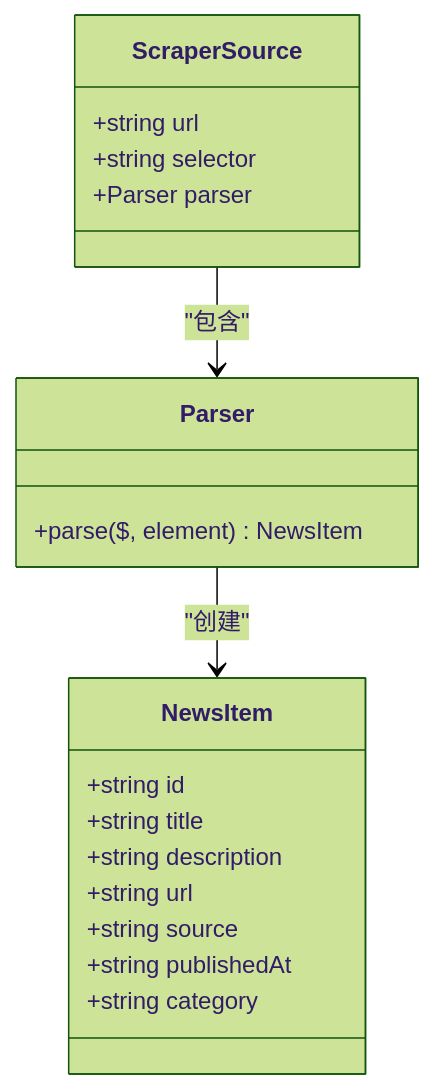
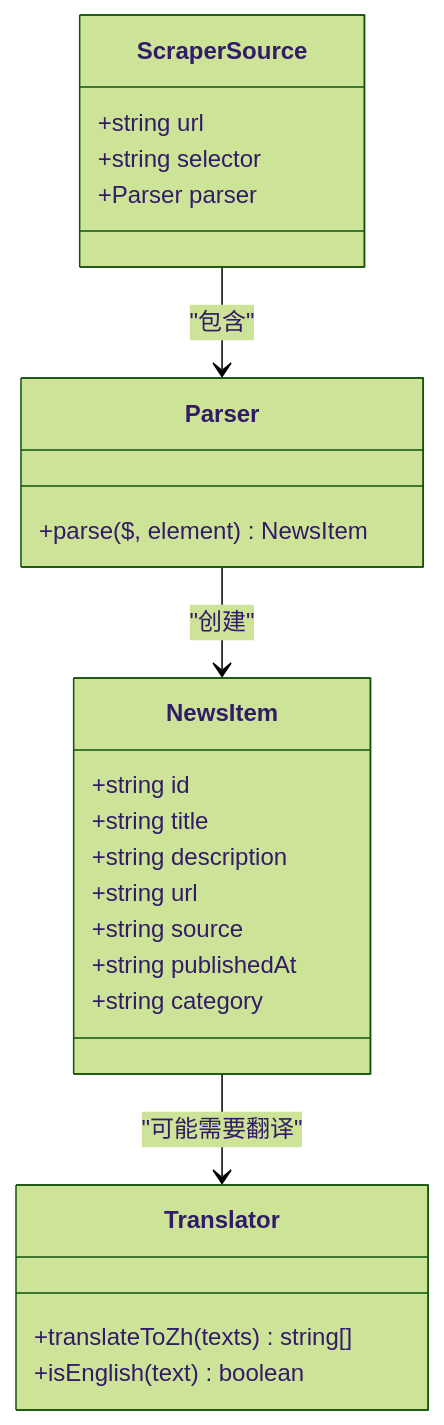
Diagram 11 of 14 in .qoder/repowiki/zh/content/核心功能模块/新闻数据获取系统.md (zuozuoliu740-cmd/xianxiong-news), drawn with Mermaid (forest theme) before and after one commit. The commit also changed other lines of this file and 11 other files, not shown here.

````diff
--- a/.qoder/repowiki/zh/content/核心功能模块/新闻数据获取系统.md
+++ b/.qoder/repowiki/zh/content/核心功能模块/新闻数据获取系统.md
@@ -290,22 +556,27 @@
 ```mermaid
 classDiagram
 class ScraperSource {
 +string url
 +string selector
 +Parser parser
 }
 class Parser {
 +parse($, element) NewsItem
 }
 class NewsItem {
 +string id
 +string title
 +string description
 +string url
 +string source
 +string publishedAt
 +string category
 }
+class Translator {
++translateToZh(texts) string[]
++isEnglish(text) boolean
+}
 ScraperSource --> Parser : "包含"
 Parser --> NewsItem : "创建"
+NewsItem --> Translator : "可能需要翻译"
 ```
````
